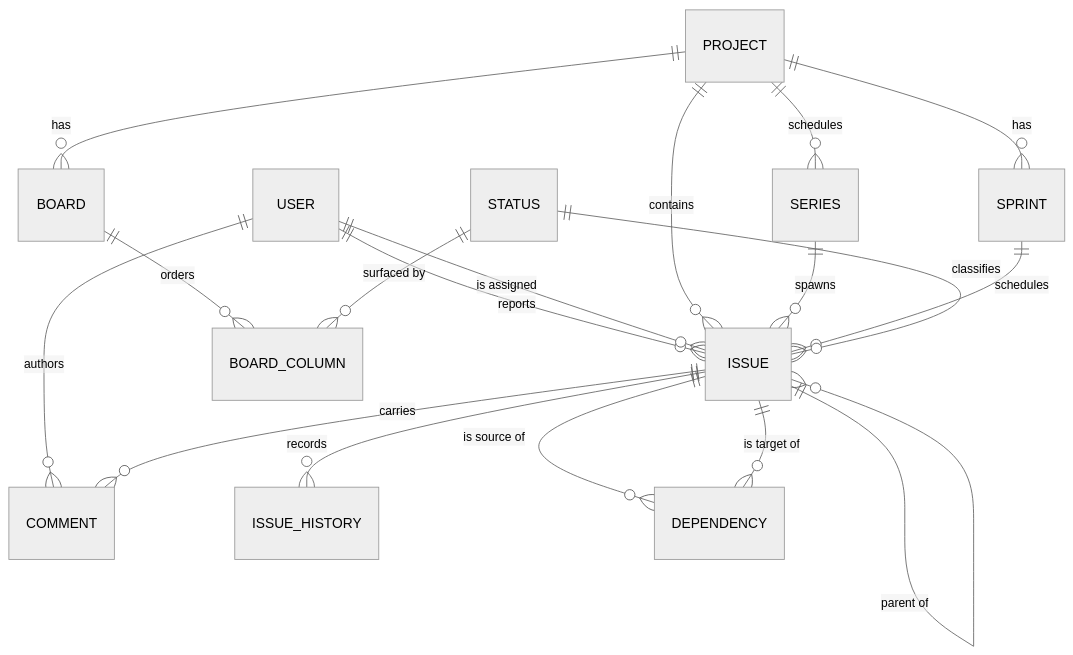
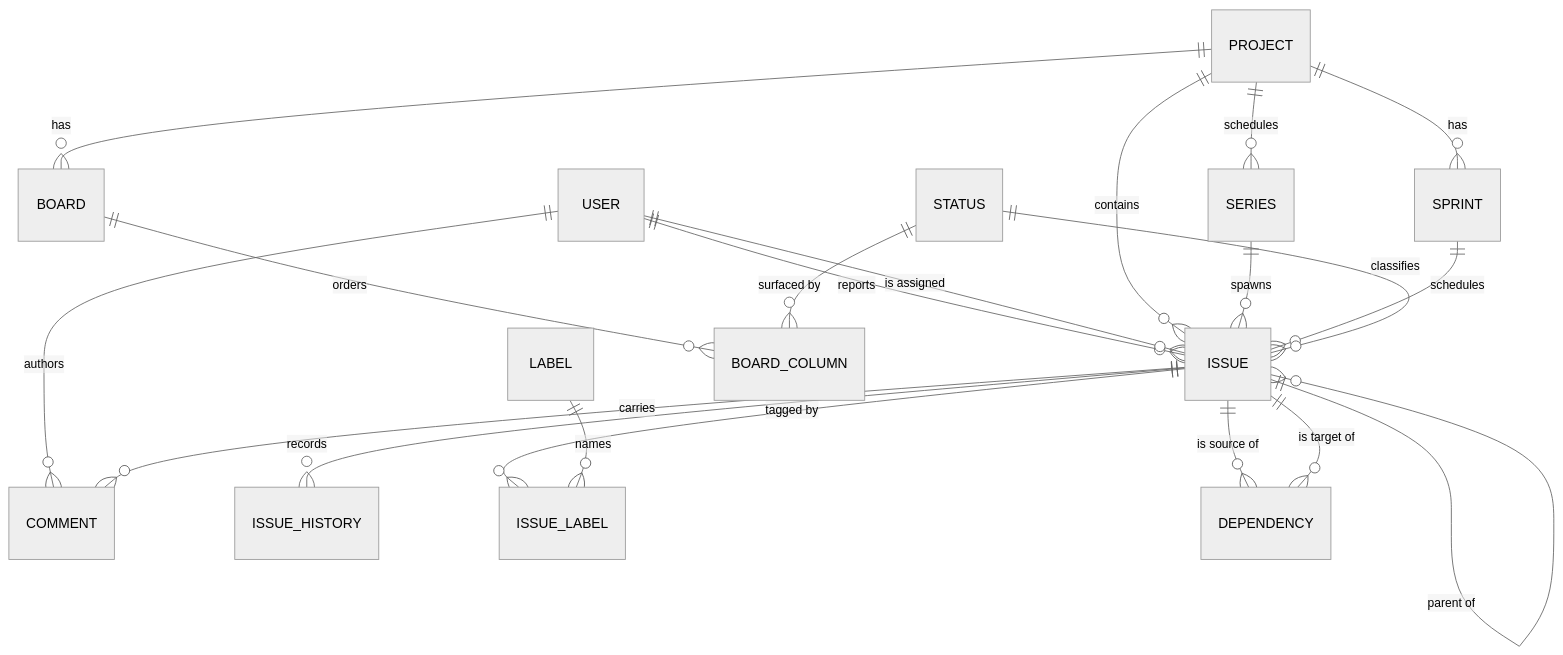
Before and after one commit to Mathotics/Keel: the diagram in docs/architecture/domain-model.md, drawn with Mermaid (neutral theme). The commit also changed other lines of this file and 43 other files, not shown here.

Commit message:
Add reusable issue labels so work can be tagged and filtered without inventing extra parents or sprints.

````diff
--- a/docs/architecture/domain-model.md
+++ b/docs/architecture/domain-model.md
@@ -9,24 +9,26 @@
 ```mermaid
 erDiagram
   USER ||--o{ ISSUE : "reports"
   USER ||--o{ ISSUE : "is assigned"
   USER ||--o{ COMMENT : "authors"
 
   PROJECT ||--o{ ISSUE : "contains"
   PROJECT ||--o{ BOARD : "has"
   PROJECT ||--o{ SPRINT : "has"
   PROJECT ||--o{ SERIES : "schedules"
   SERIES ||--o{ ISSUE : "spawns"
 
   ISSUE ||--o{ ISSUE : "parent of"
   SPRINT ||--o{ ISSUE : "schedules"
   STATUS ||--o{ ISSUE : "classifies"
   ISSUE ||--o{ COMMENT : "carries"
   ISSUE ||--o{ ISSUE_HISTORY : "records"
+  ISSUE ||--o{ ISSUE_LABEL : "tagged by"
+  LABEL ||--o{ ISSUE_LABEL : "names"
 
   BOARD ||--o{ BOARD_COLUMN : "orders"
   STATUS ||--o{ BOARD_COLUMN : "surfaced by"
 
   ISSUE ||--o{ DEPENDENCY : "is source of"
   ISSUE ||--o{ DEPENDENCY : "is target of"
 ```
````
